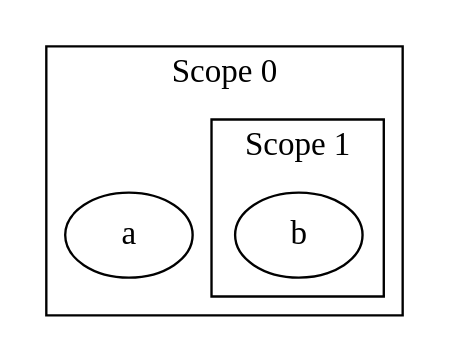
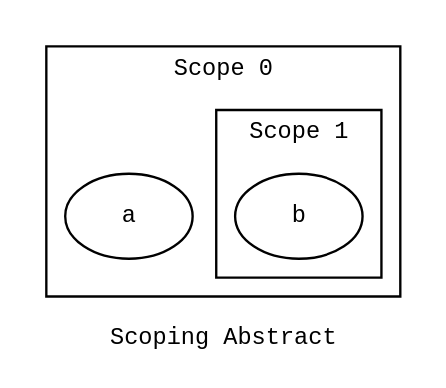
The diagram in doc/model/graph/scoping-nested.dot (rflynn/assume), drawn with Graphviz before and after one commit. The commit also changed 19 other files, not shown here.

Commit message:
edited model. cleaned up inline graphics. added some c99-specific content. trying to figure out how, given a language grammar, we can generate valid snippets of source.

```diff
--- a/doc/model/graph/scoping-nested.dot
+++ b/doc/model/graph/scoping-nested.dot
@@ -1,12 +1,15 @@
 // http://www.graphviz.org/Gallery/undirected/fdpclust.html
 
 digraph G {
+  label="Scoping Abstract"
+  graph [fontname="Monospace",fontsize="10"]
+  node [fontname="Monospace",fontsize="10"]
   subgraph cluster0 {
     label="Scope 0";
     a
     subgraph cluster1 {
       label="Scope 1";
       b
     }
   }
 }
```
